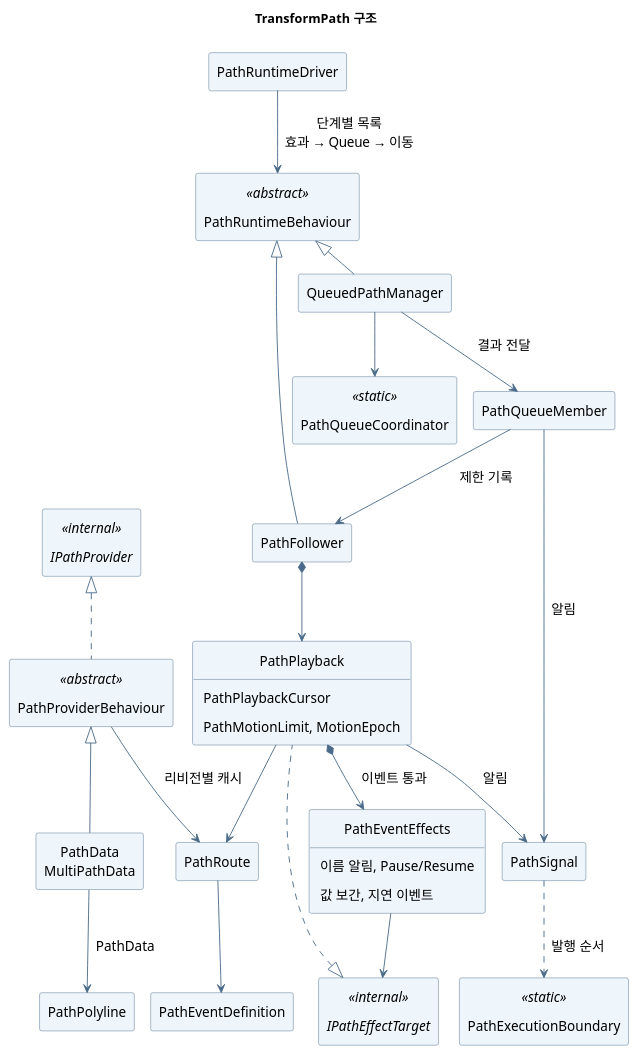
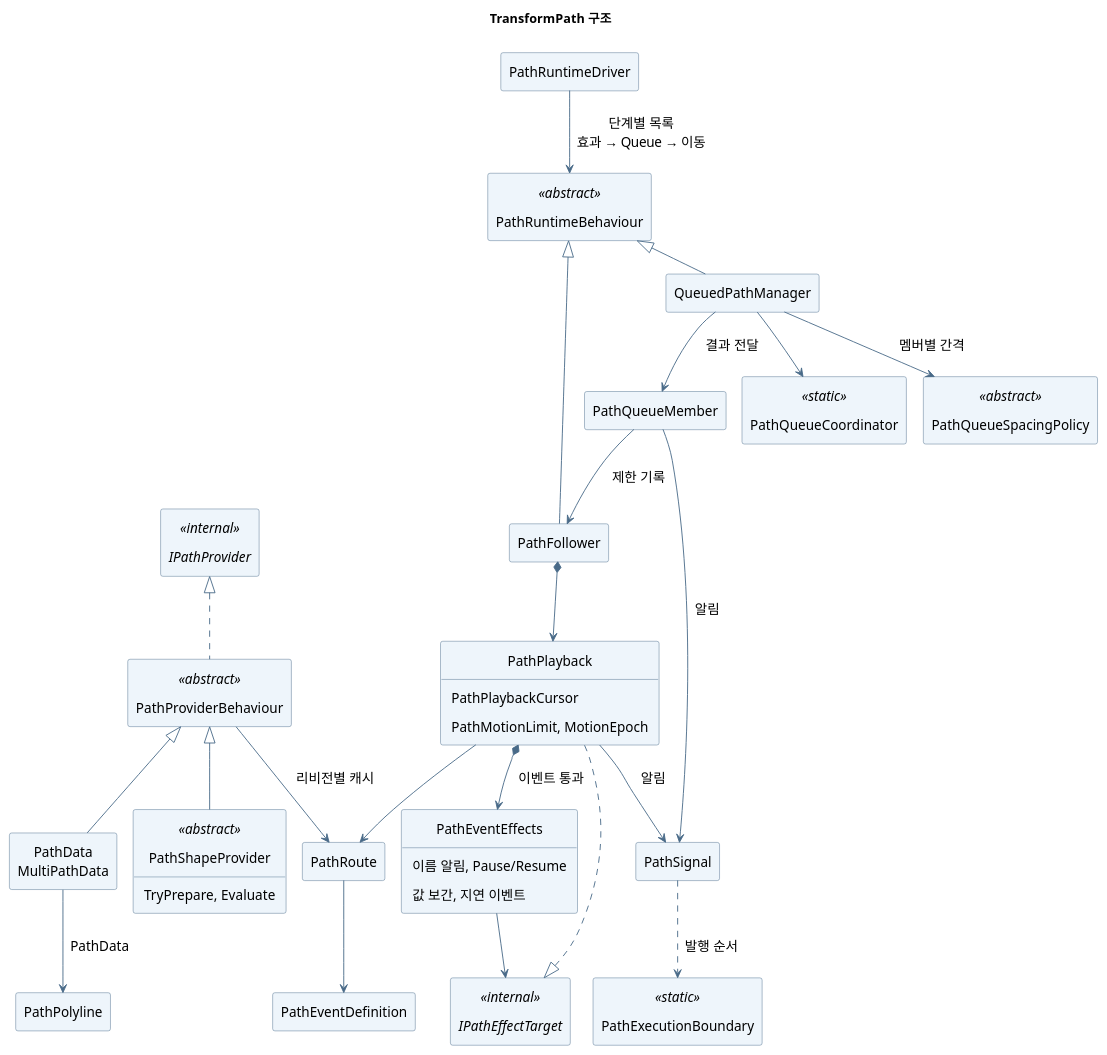
One commit to youwonsock/tool-unity-editor changed the diagram in ToyProject/Assets/_TransformPath/Docs/transformpath-structure.puml. Above: the diagram before and after it, drawn with PlantUML. The commit also changed 5 other files, not shown here.

First line of the commit message:
TransformPath 문서의 반환값 규칙, 예시 로그, 확장 지점, 구조도를 실제에 맞춤

```diff
--- a/ToyProject/Assets/_TransformPath/Docs/transformpath-structure.puml
+++ b/ToyProject/Assets/_TransformPath/Docs/transformpath-structure.puml
@@ -1,57 +1,63 @@
 @startuml transformpath-structure
 !pragma layout smetana
 skinparam shadowing false
 skinparam defaultFontName "Apple SD Gothic Neo"
 skinparam defaultFontSize 15
 skinparam ArrowColor #496A88
 skinparam Padding 6
 skinparam classBackgroundColor #EEF5FB
 skinparam classBorderColor #496A88
 hide empty members
 hide circle
 title TransformPath 구조
 
 interface IPathProvider <<internal>>
 class PathProviderBehaviour <<abstract>>
 class "PathData\nMultiPathData" as Providers
+class PathShapeProvider <<abstract>> {
+  TryPrepare, Evaluate
+}
 class PathPolyline
 class PathRoute
 class PathRuntimeDriver
 class PathRuntimeBehaviour <<abstract>>
 class PathFollower
 class PathPlayback {
   PathPlaybackCursor
   PathMotionLimit, MotionEpoch
 }
 class PathEventEffects {
   이름 알림, Pause/Resume
   값 보간, 지연 이벤트
 }
 interface IPathEffectTarget <<internal>>
 class PathSignal
 class PathEventDefinition
 class QueuedPathManager
 class PathQueueMember
 class PathQueueCoordinator <<static>>
+class PathQueueSpacingPolicy <<abstract>>
 class PathExecutionBoundary <<static>>
 
 PathProviderBehaviour .up.|> IPathProvider
 Providers -up-|> PathProviderBehaviour
+PathShapeProvider -up-|> PathProviderBehaviour
 Providers --> PathPolyline : PathData
 PathProviderBehaviour --> PathRoute : 리비전별 캐시
 PathRoute --> PathEventDefinition
 PathFollower -up-|> PathRuntimeBehaviour
 QueuedPathManager -up-|> PathRuntimeBehaviour
 PathFollower *--> PathPlayback
 PathPlayback --> PathRoute
 PathPlayback *--> PathEventEffects : 이벤트 통과
 PathPlayback .up.|> IPathEffectTarget
 PathEventEffects --> IPathEffectTarget
 PathQueueMember --> PathFollower : 제한 기록
 QueuedPathManager --> PathQueueMember : 결과 전달
 QueuedPathManager --> PathQueueCoordinator
+QueuedPathManager --> PathQueueSpacingPolicy : 멤버별 간격
 PathRuntimeDriver --> PathRuntimeBehaviour : 단계별 목록\n효과 → Queue → 이동
 PathPlayback --> PathSignal : 알림
 PathQueueMember --> PathSignal : 알림
 PathSignal ..> PathExecutionBoundary : 발행 순서
 @enduml
```
